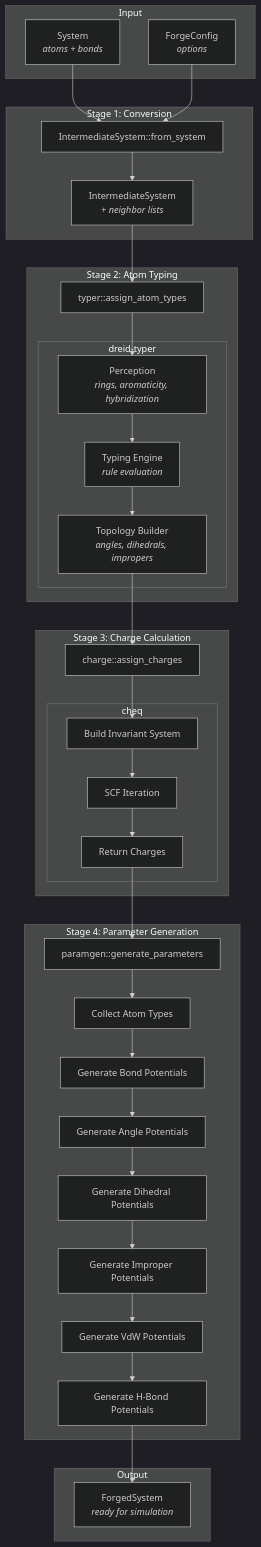
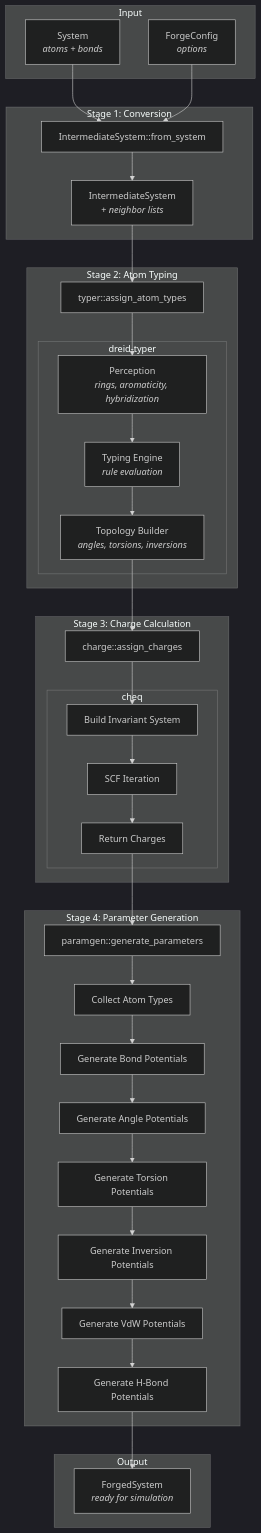
The fifth of 18 diagrams in ARCHITECTURE.md (caltechmsc/dreid-forge), drawn with Mermaid (dark theme) before and after one commit. The commit also changed other lines of this file, not shown here.

Commit message:
docs(architecture): Updates architecture docs to integrate dreid-kernel and rename terms

````diff
--- a/ARCHITECTURE.md
+++ b/ARCHITECTURE.md
@@ -254,60 +253,60 @@
 ```mermaid
 flowchart TD
     subgraph "Input"
         SYS["System<br><i>atoms + bonds</i>"]
         CFG["ForgeConfig<br><i>options</i>"]
     end
 
     subgraph "Stage 1: Conversion"
         S1["IntermediateSystem::from_system"]
         INT["IntermediateSystem<br><i>+ neighbor lists</i>"]
     end
 
     subgraph "Stage 2: Atom Typing"
         S2["typer::assign_atom_types"]
         subgraph "dreid-typer"
             DT_P["Perception<br><i>rings, aromaticity, hybridization</i>"]
             DT_T["Typing Engine<br><i>rule evaluation</i>"]
-            DT_B["Topology Builder<br><i>angles, dihedrals, impropers</i>"]
+            DT_B["Topology Builder<br><i>angles, torsions, inversions</i>"]
         end
     end
 
     subgraph "Stage 3: Charge Calculation"
         S3["charge::assign_charges"]
         subgraph "cheq"
             CQ_B["Build Invariant System"]
             CQ_S["SCF Iteration"]
             CQ_R["Return Charges"]
         end
     end
 
     subgraph "Stage 4: Parameter Generation"
         S4["paramgen::generate_parameters"]
         PG_AT["Collect Atom Types"]
         PG_BP["Generate Bond Potentials"]
         PG_AP["Generate Angle Potentials"]
-        PG_DP["Generate Dihedral Potentials"]
-        PG_IP["Generate Improper Potentials"]
+        PG_TP["Generate Torsion Potentials"]
+        PG_IP["Generate Inversion Potentials"]
         PG_VDW["Generate VdW Potentials"]
         PG_HB["Generate H-Bond Potentials"]
     end
 
     subgraph "Output"
         FS["ForgedSystem<br><i>ready for simulation</i>"]
     end
 
     SYS --> S1
     CFG --> S1
     S1 --> INT
 
     INT --> S2
     S2 --> DT_P --> DT_T --> DT_B
 
     DT_B --> S3
     S3 --> CQ_B --> CQ_S --> CQ_R
 
     CQ_R --> S4
-    S4 --> PG_AT --> PG_BP --> PG_AP --> PG_DP --> PG_IP --> PG_VDW --> PG_HB
+    S4 --> PG_AT --> PG_BP --> PG_AP --> PG_TP --> PG_IP --> PG_VDW --> PG_HB
 
     PG_HB --> FS
 ```
````
